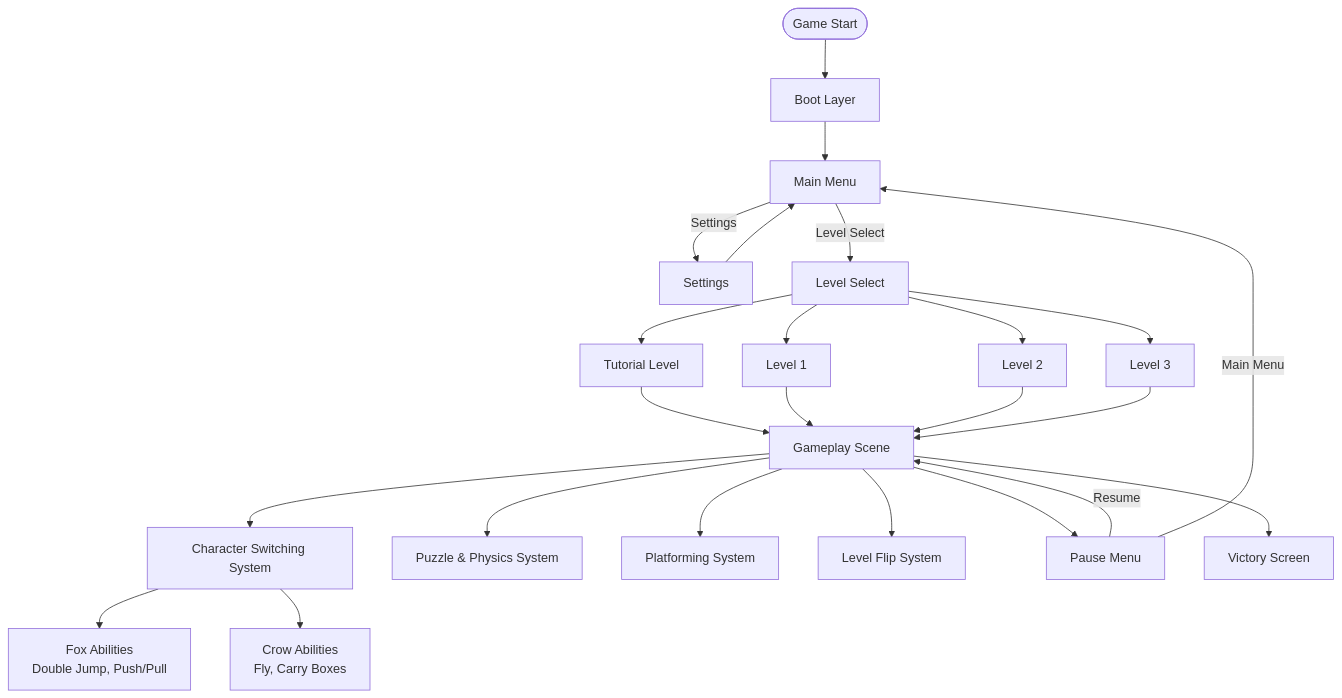
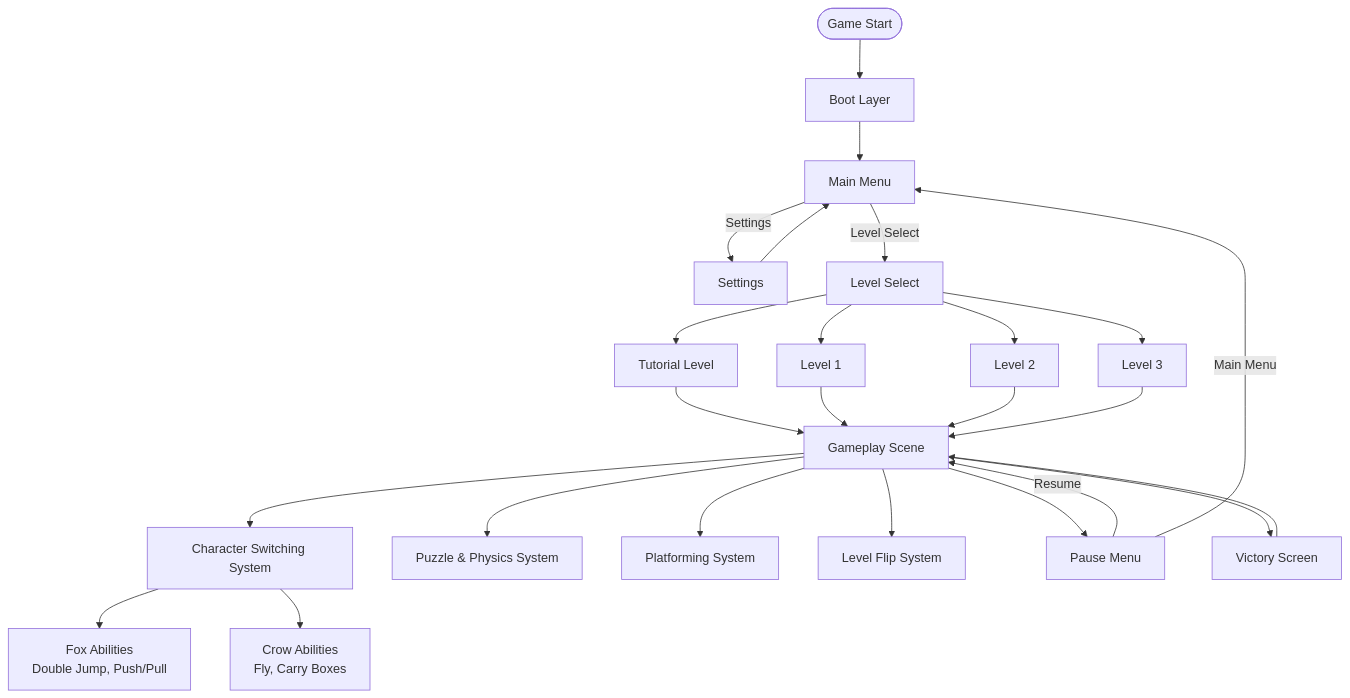
Before and after one commit to Justsomeguy241/Out-of-the-box: the second of 4 diagrams in README.md, drawn with Mermaid.

````diff
--- a/README.md
+++ b/README.md
@@ -48,64 +48,65 @@
 ```mermaid
 graph TD
     %% Initialization & Menus
     Start([Game Start])
     Boot[Boot Layer]
     MM[Main Menu]
     Settings[Settings]
     LevelSelect[Level Select]
 
     %% Gameplay Core
     GP[Gameplay Scene]
     Switch[Character Switching System]
     Puzzle[Puzzle & Physics System]
     Platforming[Platforming System]
     Flip[Level Flip System]
 
     %% Characters
     Fox[Fox Abilities<br/>Double Jump, Push/Pull]
     Crow[Crow Abilities<br/>Fly, Carry Boxes]
 
     %% UI & States
     Pause[Pause Menu]
     Victory[Victory Screen]
 
     %% Level Progression
     Tutorial[Tutorial Level]
     Level1[Level 1]
     Level2[Level 2]
     Level3[Level 3]
 
     %% Flows
     Start --> Boot --> MM
     MM -->|Settings| Settings
     MM -->|Level Select| LevelSelect
     Settings --> MM
 
     %% Level Select leads to any level
     LevelSelect --> Tutorial
     LevelSelect --> Level1
     LevelSelect --> Level2
     LevelSelect --> Level3
 
     %% Levels connect to Gameplay
     Tutorial --> GP
     Level1 --> GP
     Level2 --> GP
     Level3 --> GP
     GP --> Victory
+    Victory --> GP
 
     %% Gameplay Systems
     GP --> Switch
     Switch --> Fox
     Switch --> Crow
     GP --> Puzzle
     GP --> Platforming
     GP --> Flip
 
     %% Pause Menu
     GP --> Pause
     Pause -->|Resume| GP
     Pause -->|Main Menu| MM
 
 
 ```
````
